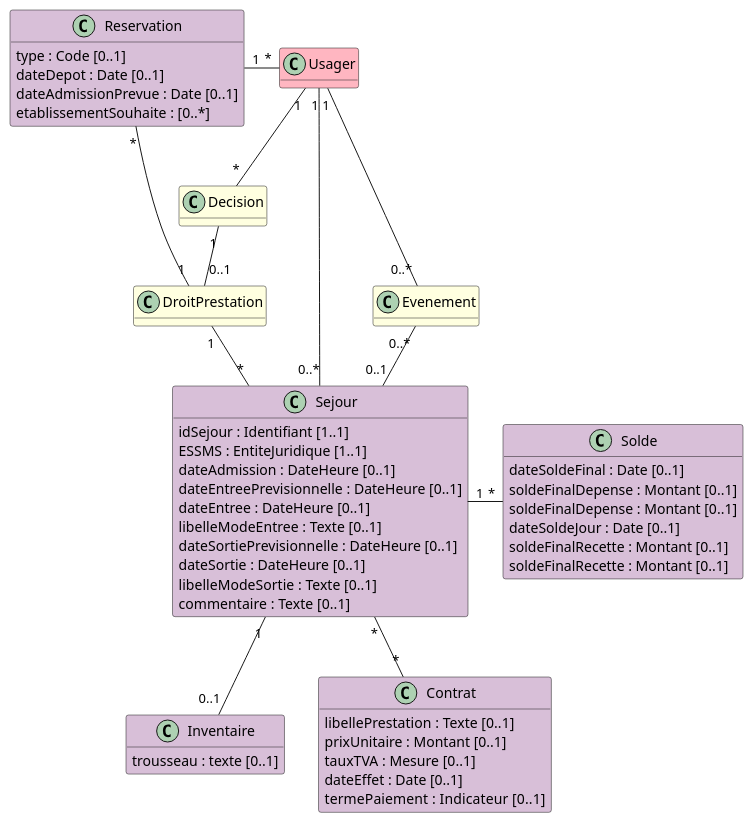
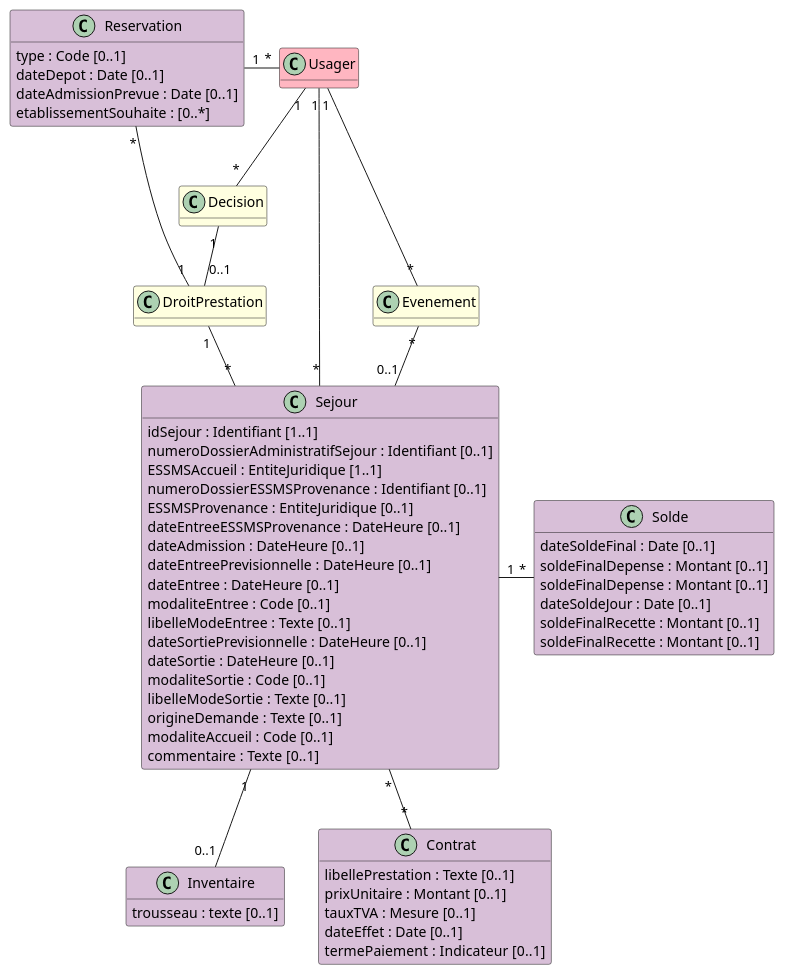
The diagram in input/images-source/bloc_sejours.plantuml (ansforge/IG-fhir-medicosocial-transfert-donnees-dui), drawn with PlantUML before and after one commit. The commit also changed 8 other files, not shown here.

```diff
--- a/input/images-source/bloc_sejours.plantuml
+++ b/input/images-source/bloc_sejours.plantuml
@@ -1,66 +1,74 @@
 @startuml
 
 hide empty methods
 
 class Usager #LightPink
 
 class Decision #LightYellow
 
 class DroitPrestation #LightYellow
 
 class Evenement #LightYellow
 
 class Reservation #Thistle {
     type : Code [0..1]
     dateDepot : Date [0..1]
     dateAdmissionPrevue : Date [0..1]
     etablissementSouhaite : [0..*]
 }
 
 class Sejour #Thistle {
     idSejour : Identifiant [1..1]
-    ESSMS : EntiteJuridique [1..1]
+    numeroDossierAdministratifSejour : Identifiant [0..1]
+    ESSMSAccueil : EntiteJuridique [1..1]
+    numeroDossierESSMSProvenance : Identifiant [0..1]
+    ESSMSProvenance : EntiteJuridique [0..1]
+    dateEntreeESSMSProvenance : DateHeure [0..1]
     dateAdmission : DateHeure [0..1]
     dateEntreePrevisionnelle : DateHeure [0..1]
     dateEntree : DateHeure [0..1]
+    modaliteEntree : Code [0..1]
     libelleModeEntree : Texte [0..1]
     dateSortiePrevisionnelle : DateHeure [0..1]
     dateSortie : DateHeure [0..1]
+    modaliteSortie : Code [0..1]
     libelleModeSortie : Texte [0..1]
+    origineDemande : Texte [0..1]
+    modaliteAccueil : Code [0..1]
     commentaire : Texte [0..1] 
 }
 
 class Inventaire #Thistle { 
     trousseau : texte [0..1]
 }
 
 class Solde #Thistle {
     dateSoldeFinal : Date [0..1]
     soldeFinalDepense : Montant [0..1]
     soldeFinalDepense : Montant [0..1]
     dateSoldeJour : Date [0..1]
     soldeFinalRecette : Montant [0..1]
     soldeFinalRecette : Montant [0..1]
 }
 
 class Contrat #Thistle {
     libellePrestation : Texte [0..1]
     prixUnitaire : Montant [0..1]
     tauxTVA : Mesure [0..1]
     dateEffet : Date [0..1]
     termePaiement : Indicateur  [0..1]
 }
 
 Usager "1" -- "*" Decision
 Decision "1" -- "0..1" DroitPrestation
 Reservation "*" - "1" DroitPrestation
 Reservation "1" - "*" Usager
 DroitPrestation "1" -- "*" Sejour
 Sejour "1" -- "0..1" Inventaire
 Sejour "1" - "*" Solde
 Sejour "*" -- "*" Contrat
-Usager "1" - "0..*" Sejour
-Evenement "0..*" -- "0..1" Sejour
-Usager "1" -- "0..*" Evenement
+Usager "1" - "*" Sejour
+Evenement "*" -- "0..1" Sejour
+Usager "1" -- "*" Evenement
 
 @enduml
```
